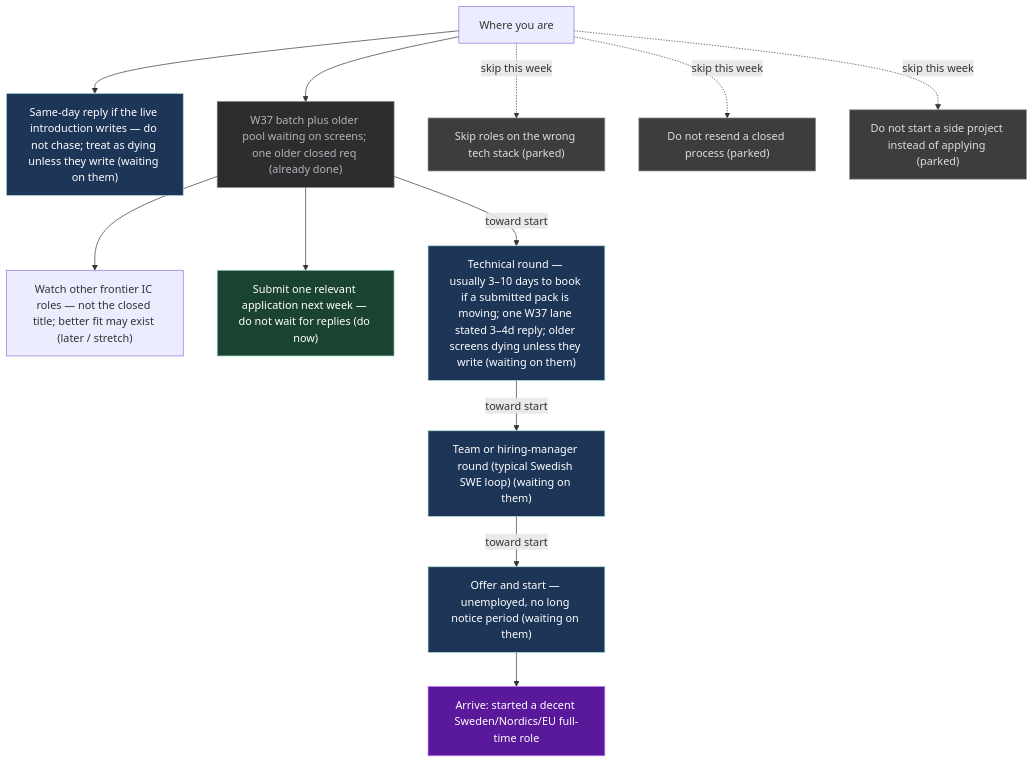
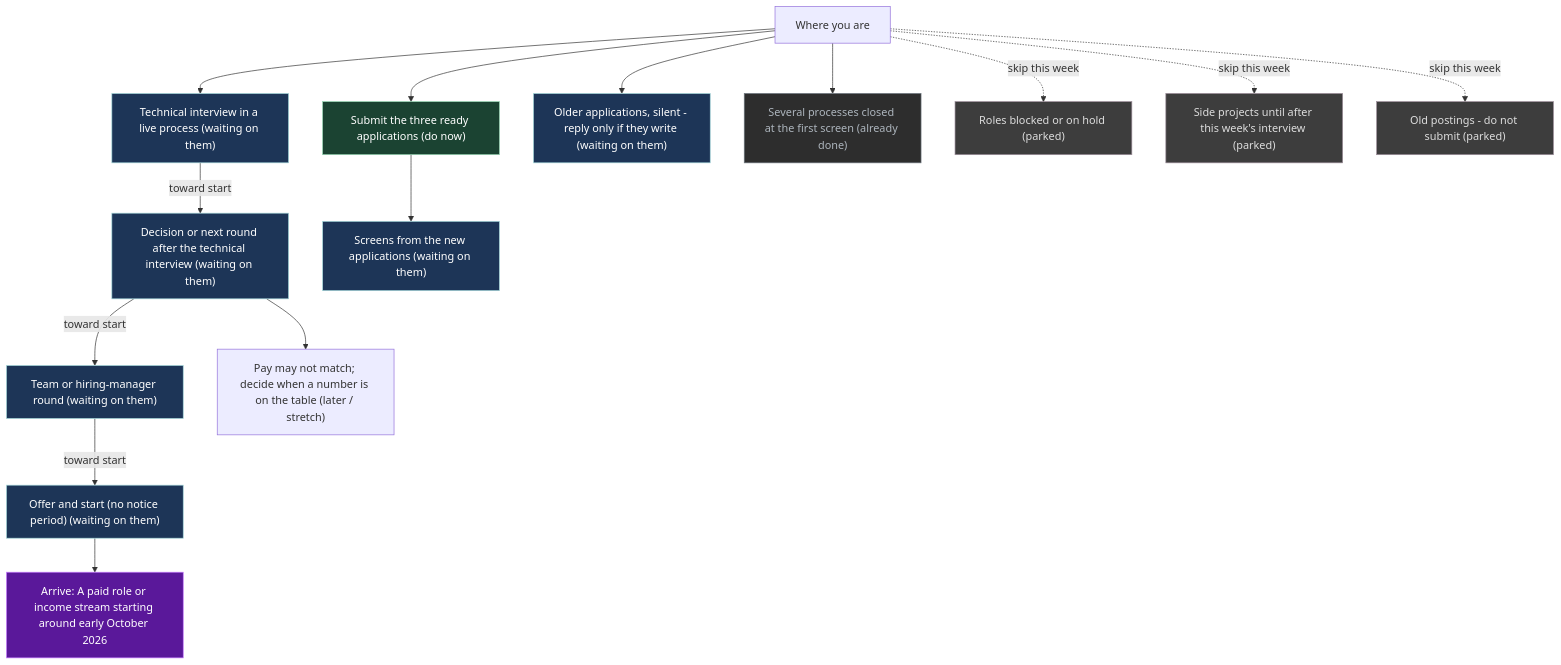
One commit to p10ns11y/life-os changed the diagram in UI/Mission.md. Above: the diagram before and after it, drawn with Mermaid. The commit also changed other lines of this file, not shown here.

````diff
--- a/UI/Mission.md
+++ b/UI/Mission.md
@@ -67,36 +67,40 @@
 ```mermaid
 flowchart TB
   x["Where you are"]
-  G["Arrive: started a decent Sweden/Nordics/EU full-time role"]
-  S0["Same-day reply if the live introduction writes — do not chase; treat as dying unless they write (waiting on them)"]
-  S1["W37 batch plus older pool waiting on screens; one older closed req (already done)"]
-  S2["Watch other frontier IC roles — not the closed title; better fit may exist (later / stretch)"]
-  S3["Submit one relevant application next week — do not wait for replies (do now)"]
-  S4["Technical round — usually 3–10 days to book if a submitted pack is moving; one W37 lane stated 3–4d reply; older screens dying unless they write (waiting on them)"]
-  S4b["Team or hiring-manager round (typical Swedish SWE loop) (waiting on them)"]
-  S5["Offer and start — unemployed, no long notice period (waiting on them)"]
-  P1["Skip roles on the wrong tech stack (parked)"]
-  P2["Do not resend a closed process (parked)"]
-  P3["Do not start a side project instead of applying (parked)"]
+  G["Arrive: A paid role or income stream starting around early October 2026"]
+  S3["Submit the three ready applications (do now)"]
+  S0["Technical interview in a live process (waiting on them)"]
+  S4["Decision or next round after the technical interview (waiting on them)"]
+  S4b["Team or hiring-manager round (waiting on them)"]
+  S5["Offer and start (no notice period) (waiting on them)"]
+  S6["Screens from the new applications (waiting on them)"]
+  S1["Older applications, silent - reply only if they write (waiting on them)"]
+  R1["Pay may not match; decide when a number is on the table (later / stretch)"]
+  D1["Several processes closed at the first screen (already done)"]
+  P1["Roles blocked or on hold (parked)"]
+  P2["Side projects until after this week's interview (parked)"]
+  P3["Old postings - do not submit (parked)"]
+  x --> S3
   x --> S0
-  x --> S1
-  S1 --> S2
-  S1 --> S3
-  S1 -->|"toward start"| S4
+  S0 -->|"toward start"| S4
   S4 -->|"toward start"| S4b
   S4b -->|"toward start"| S5
+  S3 --> S6
+  x --> S1
+  S4 --> R1
+  x --> D1
   x -.->|"skip this week"| P1
   x -.->|"skip this week"| P2
   x -.->|"skip this week"| P3
   S5 --> G
   classDef do fill:#1b4332,stroke:#95d5b2,color:#fff
   classDef wait fill:#1d3557,stroke:#a8dadc,color:#fff
   classDef park fill:#3d3d3d,stroke:#9a8c98,color:#ddd
   classDef done fill:#2d2d2d,stroke:#6c757d,color:#adb5bd
   classDef goal fill:#5a189a,stroke:#c77dff,color:#fff
   class G goal
   class S3 do
-  class S0,S4,S4b,S5 wait
+  class S0,S4,S4b,S5,S6,S1 wait
   class P1,P2,P3 park
-  class S1 done
+  class D1 done
 ```
````
